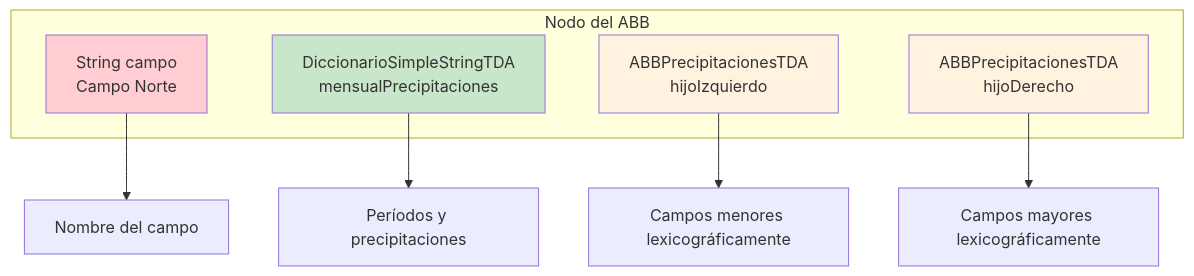
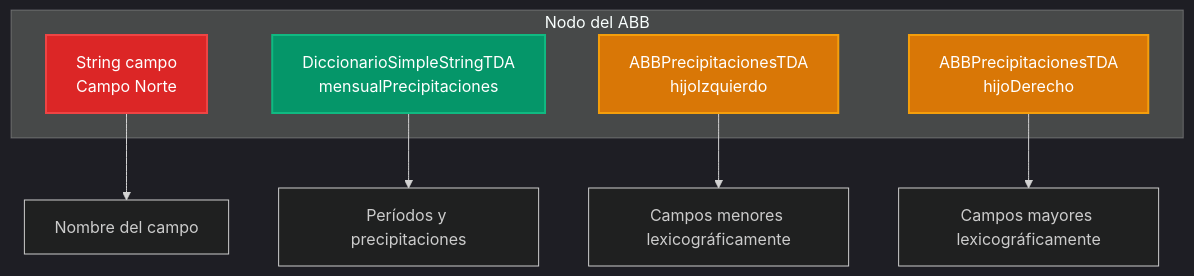
Before and after one commit to pybalt/algo2: the second of 19 diagrams in tp-final/README_IMPLEMENTACIONES.md, drawn with Mermaid. The commit also changed other lines of this file, not shown here.

Commit message:
Update README_IMPLEMENTACIONES.md to enhance diagram styles for dark mode, improving visual clarity and consistency across various sections.

````diff
--- a/tp-final/README_IMPLEMENTACIONES.md
+++ b/tp-final/README_IMPLEMENTACIONES.md
@@ -47,19 +51,20 @@
 ```mermaid
+%%{init: {'theme':'dark'}}%%
 graph TD
     subgraph "Nodo del ABB"
         A[String campo<br/>Campo Norte]
         B[DiccionarioSimpleStringTDA<br/>mensualPrecipitaciones]
         C[ABBPrecipitacionesTDA<br/>hijoIzquierdo]
         D[ABBPrecipitacionesTDA<br/>hijoDerecho]
     end
     
     A --> E[Nombre del campo]
     B --> F[Períodos y precipitaciones]
     C --> G[Campos menores lexicográficamente]
     D --> H[Campos mayores lexicográficamente]
     
-    style A fill:#ffcdd2
-    style B fill:#c8e6c9
-    style C fill:#fff3e0
-    style D fill:#fff3e0
+    style A fill:#dc2626,stroke:#ef4444,stroke-width:2px,color:#fff
+    style B fill:#059669,stroke:#10b981,stroke-width:2px,color:#fff
+    style C fill:#d97706,stroke:#f59e0b,stroke-width:2px,color:#fff
+    style D fill:#d97706,stroke:#f59e0b,stroke-width:2px,color:#fff
 ```
````
